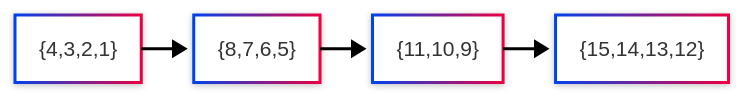
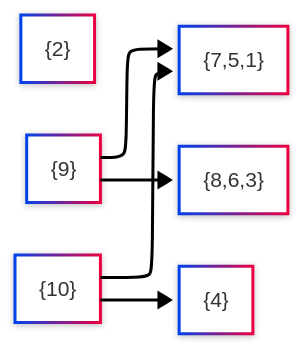
The diagram in graph_class.mmd (D0mano/Markov-Project-FOTSO-TAILHADES-GIANNINI), drawn with Mermaid before and after one commit. The commit also changed 6 other files, not shown here.

```diff
--- a/graph_class.mmd
+++ b/graph_class.mmd
@@ -1,16 +1,19 @@
 ---
 config:
    theme: neo
    look: neo
    layout: elk
 ---
 
 flowchart LR
-A["{15,14,13,12}"]
-B["{11,10,9}"]
-C["{8,7,6,5}"]
-D["{4,3,2,1}"]
+A["{7,5,1}"]
+B["{2}"]
+C["{8,6,3}"]
+D["{4}"]
+E["{9}"]
+F["{10}"]
 
-D --> C
-C --> B
-B --> A
+E --> A
+E --> C
+F --> D
+F --> A
```
